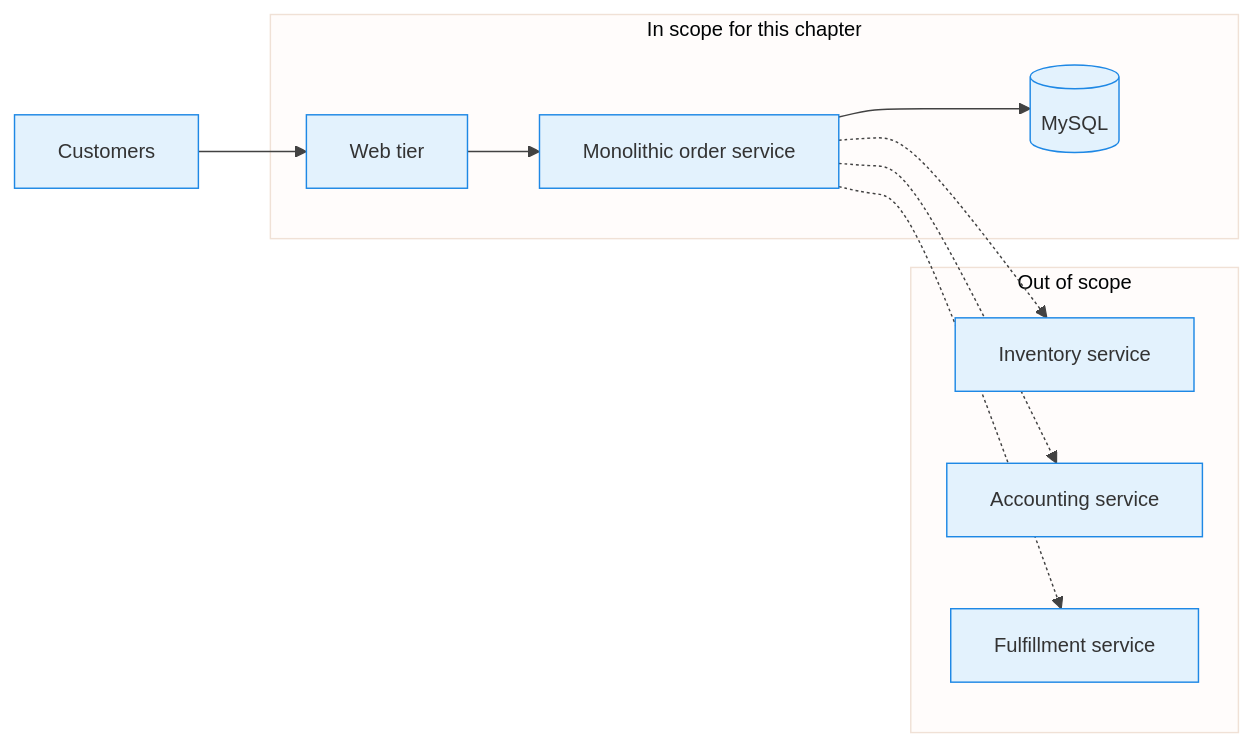
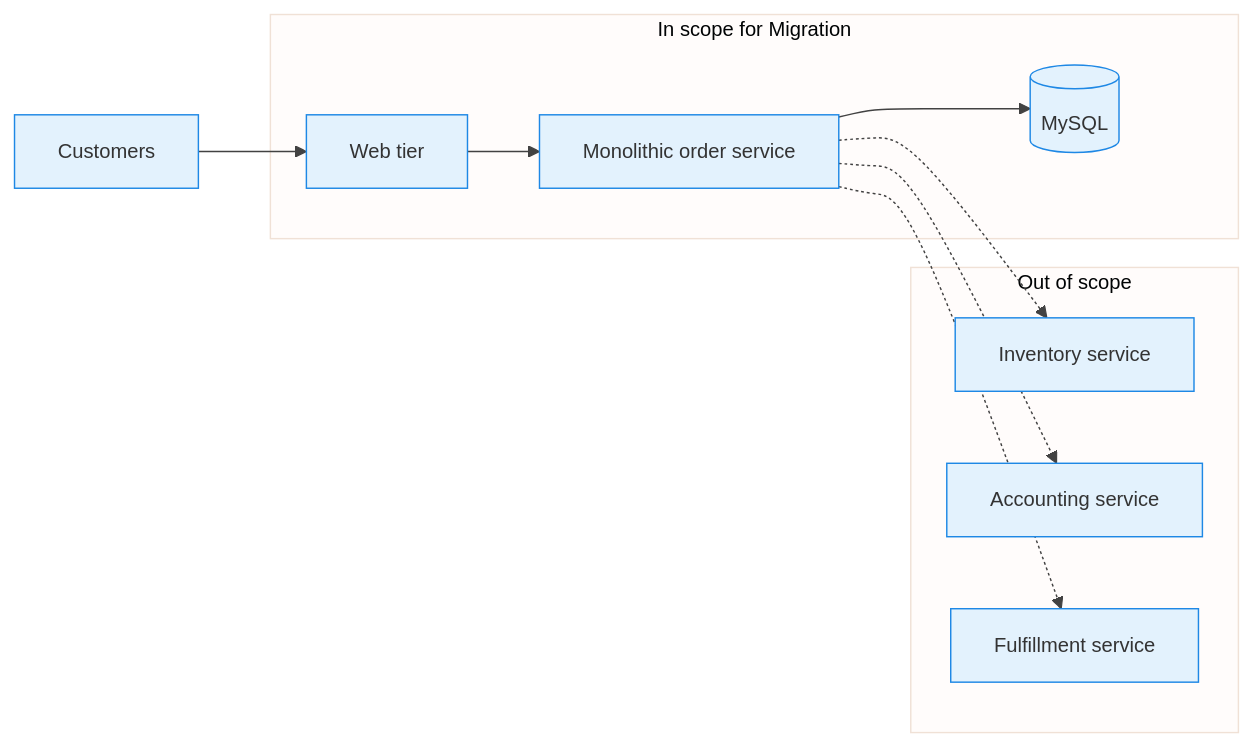
Before and after one commit to senthilkumarm1901/learn_by_blogging: the first of 26 diagrams in aws_architecting_solutions/10-architecting-serverless-backend-solution-in-aws.qmd, drawn with Mermaid. The commit also changed other lines of this file, not shown here.

Commit message:
minor mermaid text changes

````diff
--- a/aws_architecting_solutions/10-architecting-serverless-backend-solution-in-aws.qmd
+++ b/aws_architecting_solutions/10-architecting-serverless-backend-solution-in-aws.qmd
@@ -39,22 +39,22 @@
 ```{mermaid}
 %%{init: {'theme': 'base', 'themeVariables': {'primaryColor': '#E3F2FD', 'primaryBorderColor': '#1E88E5', 'lineColor': '#424242', 'fontSize': '14px'}}}%%
 flowchart LR
   U[Customers] --> W[Web tier]
   W --> O[Monolithic order service]
   O --> M[(MySQL)]
   O -.-> I[Inventory service]
   O -.-> A[Accounting service]
   O -.-> F[Fulfillment service]
 
-  subgraph InScope["In scope for this chapter"]
+  subgraph InScope["In scope for Migration"]
     W
     O
     M
   end
 
   subgraph OutOfScope["Out of scope"]
     I
     A
     F
   end
 ```
````
